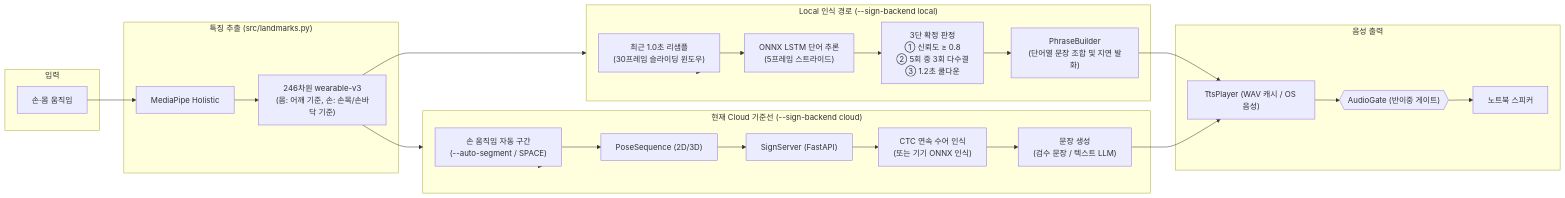
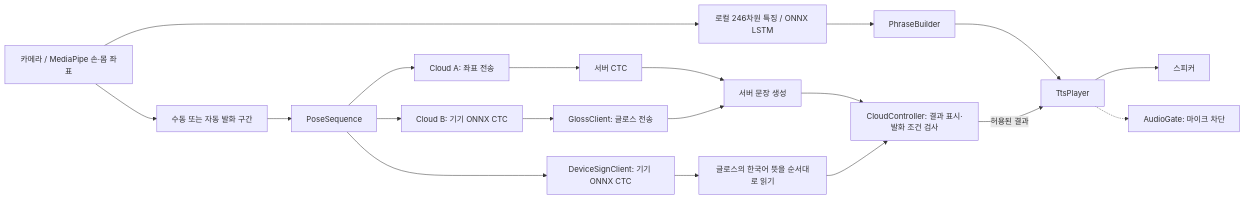
Before and after one commit to vagus3/SignLanguageGlass: the second of 3 diagrams in README.md, drawn with Mermaid. The commit also changed other lines of this file and 14 other files, not shown here.

````diff
--- a/README.md
+++ b/README.md
@@ -184,41 +122,14 @@
 ```mermaid
 flowchart LR
-    subgraph Input["입력"]
-        Hand["손·몸 움직임"]
-    end
-
-    subgraph Feature["특징 추출 (src/landmarks.py)"]
-        MP["MediaPipe Holistic"]
-        Extract["246차원 wearable-v3\n(몸: 어깨 기준, 손: 손목/손바닥 기준)"]
-    end
-
-    subgraph LocalPath["Local 인식 경로 (--sign-backend local)"]
-        Window["최근 1.0초 리샘플\n(30프레임 슬라이딩 윈도우)"]
-        ONNX["ONNX LSTM 단어 추론\n(5프레임 스트라이드)"]
-        Latch["3단 확정 판정\n① 신뢰도 ≥ 0.8\n② 5회 중 3회 다수결\n③ 1.2초 쿨다운"]
-        Builder["PhraseBuilder\n(단어열 문장 조합 및 지연 발화)"]
-    end
-
-    subgraph CloudPath["현재 Cloud 기준선 (--sign-backend cloud)"]
-        AutoSeg["손 움직임 자동 구간\n(--auto-segment / SPACE)"]
-        PoseSeq["PoseSequence (2D/3D)"]
-        CloudSrv["SignServer (FastAPI)"]
-        CTC["CTC 연속 수어 인식\n(또는 기기 ONNX 인식)"]
-        Trans["문장 생성\n(검수 문장 / 텍스트 LLM)"]
-    end
-
-    subgraph AudioOut["음성 출력"]
-        TTS["TtsPlayer (WAV 캐시 / OS 음성)"]
-        Gate{{"AudioGate (반이중 게이트)"}}
-        Spk["노트북 스피커"]
-    end
-
-    Hand --> MP --> Extract
-    Extract --> LocalPath
-    Extract --> CloudPath
-
-    LocalPath --> Window --> ONNX --> Latch --> Builder --> TTS
-    CloudPath --> AutoSeg --> PoseSeq --> CloudSrv --> CTC --> Trans --> TTS
-
-    TTS --> Gate --> Spk
+    Input["카메라 / MediaPipe 손·몸 좌표"] --> Local["로컬 246차원 특징 / ONNX LSTM"]
+    Local --> Phrase["PhraseBuilder"] --> TTS["TtsPlayer"]
+    Input --> Segment["수동 또는 자동 발화 구간"] --> Pose["PoseSequence"]
+    Pose --> CloudA["Cloud A: 좌표 전송"] --> ServerCTC["서버 CTC"] --> Translate["서버 문장 생성"]
+    Pose --> CloudB["Cloud B: 기기 ONNX CTC"] --> Gloss["GlossClient: 글로스 전송"] --> Translate
+    Pose --> Device["DeviceSignClient: 기기 ONNX CTC"] --> Words["글로스의 한국어 뜻을 순서대로 읽기"]
+    Translate --> Controller["CloudController: 결과 표시·발화 조건 검사"]
+    Words --> Controller
+    Controller -->|허용된 결과| TTS
+    TTS --> Speaker["스피커"]
+    TTS -.-> Gate["AudioGate: 마이크 차단"]
 ```
````
